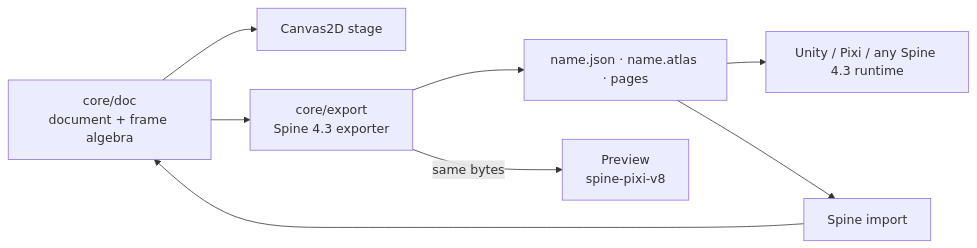
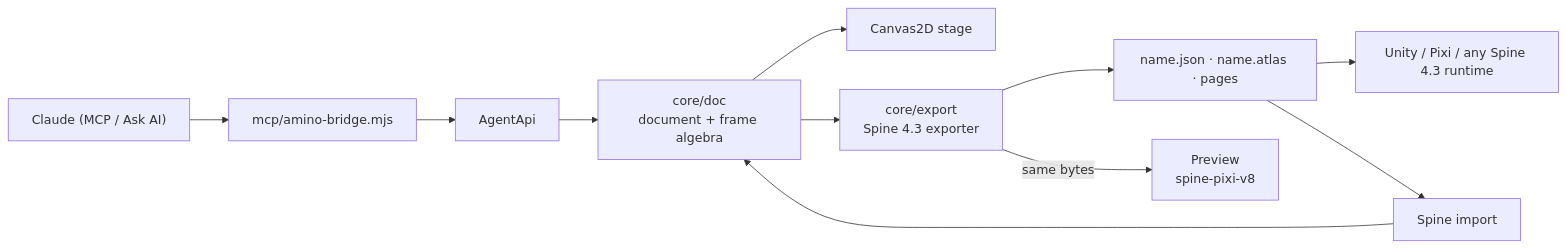
Before and after one commit to 12pnp/M0-Animation-2D: the diagram in README.md, drawn with Mermaid. The commit also changed other lines of this file and 14 other files, not shown here.

First line of the commit message:
Phase 9: an AI can animate the open rig (AgentApi, MCP bridge, Ask AI)

````diff
--- a/README.md
+++ b/README.md
@@ -12,9 +12,10 @@
 ```mermaid
 flowchart LR
     DOC["core/doc<br/>document + frame algebra"] --> STAGE["Canvas2D stage"]
     DOC --> EXP["core/export<br/>Spine 4.3 exporter"]
     EXP --> FILES["name.json · name.atlas · pages"]
     EXP -->|"same bytes"| PREV["Preview<br/>spine-pixi-v8"]
     FILES --> GAME["Unity / Pixi / any Spine 4.3 runtime"]
     FILES --> IMP["Spine import"] --> DOC
+    AI["Claude (MCP / Ask AI)"] --> BR["mcp/amino-bridge.mjs"] --> AG["AgentApi"] --> DOC
 ```
````
